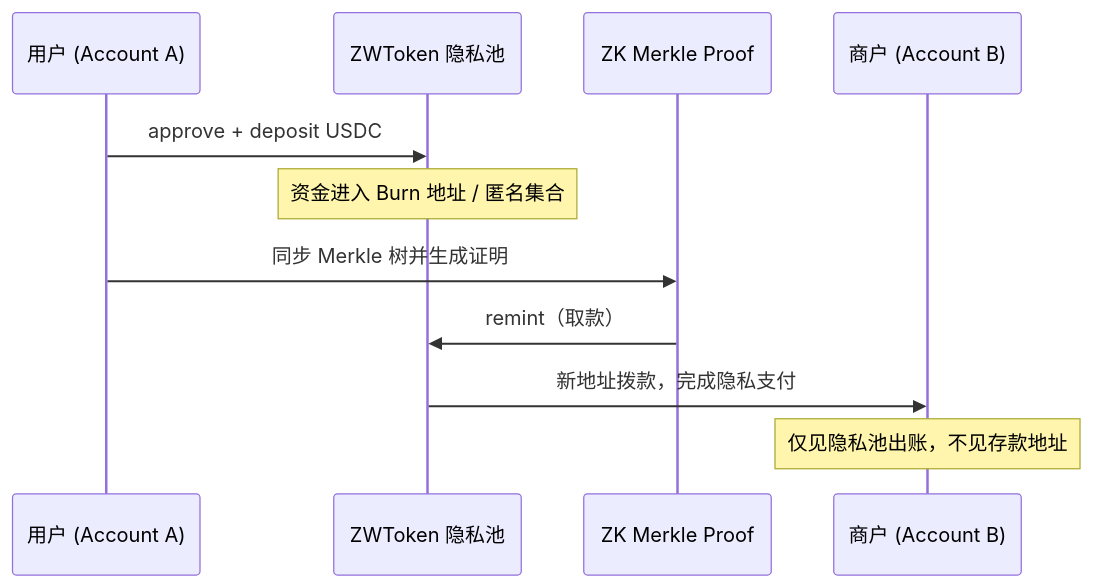
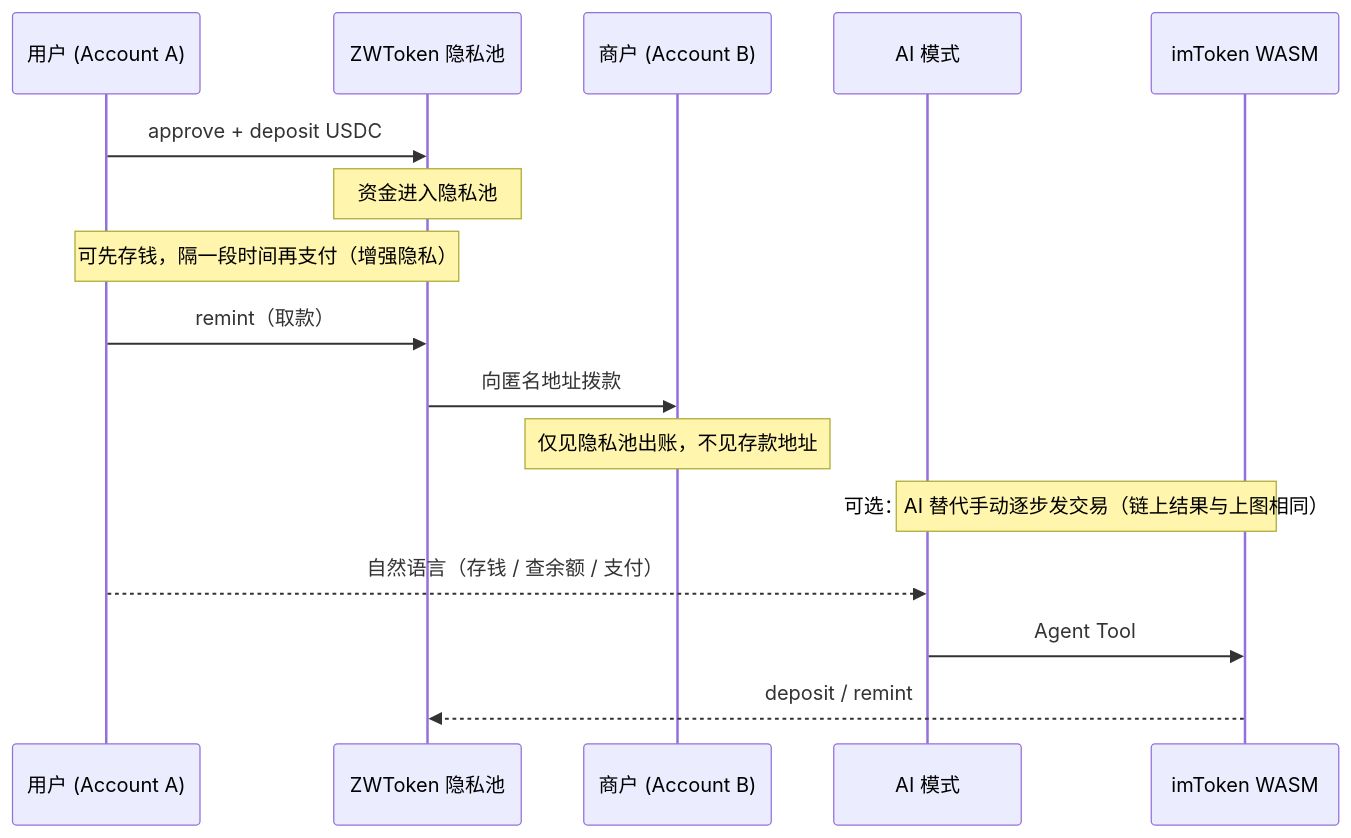
One commit to 0xNullLabs/Aegis changed the diagram in README.md. Above: the diagram before and after it, drawn with Mermaid. The commit also changed other lines of this file, not shown here.

````diff
--- a/README.md
+++ b/README.md
@@ -25,14 +27,22 @@
 ```mermaid
 sequenceDiagram
     participant User as 用户 (Account A)
     participant Pool as ZWToken 隐私池
-    participant ZK as ZK Merkle Proof
     participant Merchant as 商户 (Account B)
+    participant AI as AI 模式
+    participant WASM as imToken WASM
 
     User->>Pool: approve + deposit USDC
-    Note over Pool: 资金进入 Burn 地址 / 匿名集合
-    User->>ZK: 同步 Merkle 树并生成证明
-    ZK->>Pool: remint（取款）
-    Pool->>Merchant: 新地址拨款，完成隐私支付
+    Note over Pool: 资金进入隐私池
+
+    Note over User,Pool: 可先存钱，隔一段时间再支付（增强隐私）
+
+    User->>Pool: remint（取款）
+    Pool->>Merchant: 向匿名地址拨款
     Note over Merchant: 仅见隐私池出账，不见存款地址
+
+    Note over AI,WASM: 可选：AI 替代手动逐步发交易（链上结果与上图相同）
+    User-->>AI: 自然语言（存钱 / 查余额 / 支付）
+    AI->>WASM: Agent Tool
+    WASM-->>Pool: deposit / remint
 ```
````
